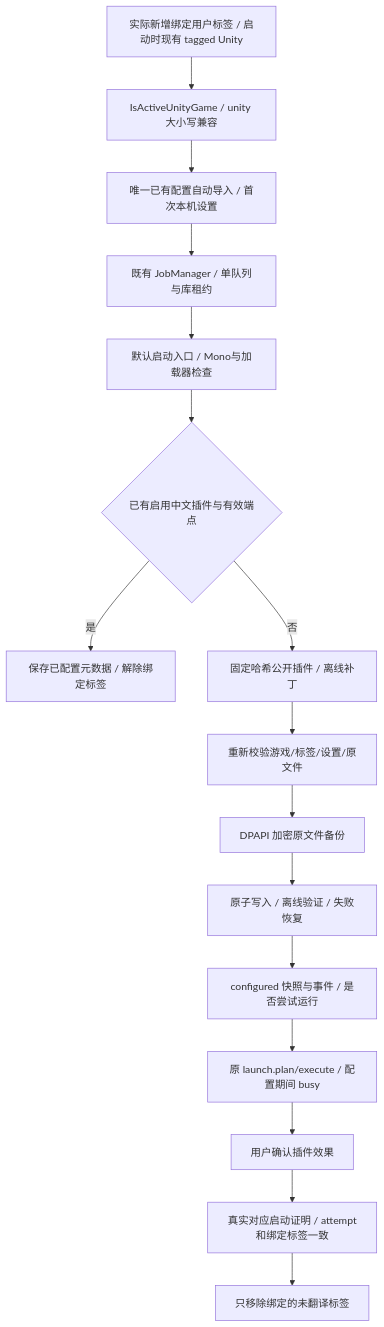
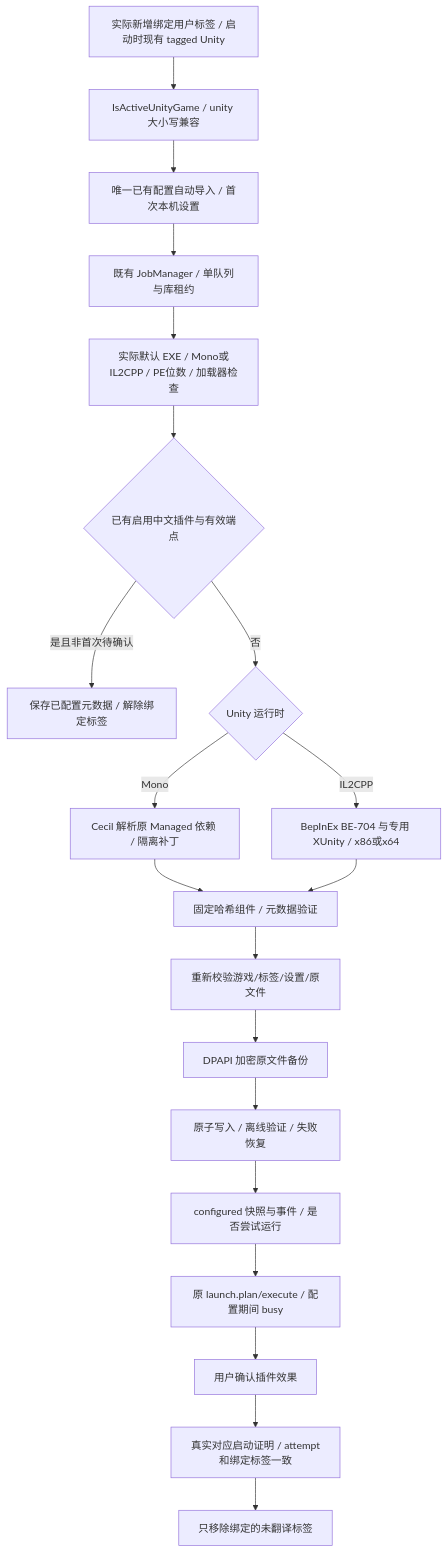
Before and after one commit to sumingwang233/GameLibrary: the third of 9 diagrams in docs/code-review-graph/flows.md, drawn with Mermaid. The commit also changed other lines of this file and 19 other files, not shown here.

Commit message:
fix(unity): resolve Mono dependencies and configure IL2CPP v1.7.6 [skip ci]

````diff
--- a/docs/code-review-graph/flows.md
+++ b/docs/code-review-graph/flows.md
@@ -43,18 +43,22 @@
 ```mermaid
 flowchart TD
     Tag[实际新增绑定用户标签 / 启动时现有 tagged Unity] --> Engine[IsActiveUnityGame / unity 大小写兼容]
     Engine --> Settings[唯一已有配置自动导入 / 首次本机设置]
     Settings --> Queue[既有 JobManager / 单队列与库租约]
-    Queue --> Inspect[默认启动入口 / Mono与加载器检查]
+    Queue --> Inspect[实际默认 EXE / Mono或IL2CPP / PE位数 / 加载器检查]
     Inspect --> Existing{已有启用中文插件与有效端点}
-    Existing -->|是| ExistingTag[保存已配置元数据 / 解除绑定标签]
-    Existing -->|否| Files[固定哈希公开插件 / 离线补丁]
+    Existing -->|是且非首次待确认| ExistingTag[保存已配置元数据 / 解除绑定标签]
+    Existing -->|否| Runtime{Unity 运行时}
+    Runtime -->|Mono| Mono[Cecil 解析原 Managed 依赖 / 隔离补丁]
+    Runtime -->|IL2CPP| IL2[BepInEx BE-704 与专用 XUnity / x86或x64]
+    Mono --> Files[固定哈希组件 / 元数据验证]
+    IL2 --> Files
     Files --> Recheck[重新校验游戏/标签/设置/原文件]
     Recheck --> Backup[DPAPI 加密原文件备份]
     Backup --> Write[原子写入 / 离线验证 / 失败恢复]
     Write --> Prompt[configured 快照与事件 / 是否尝试运行]
     Prompt --> Launch[原 launch.plan/execute / 配置期间 busy]
     Launch --> Result[用户确认插件效果]
     Result --> Confirm[真实对应启动证明 / attempt和绑定标签一致]
     Confirm --> Untag[只移除绑定的未翻译标签]
 ```
````
